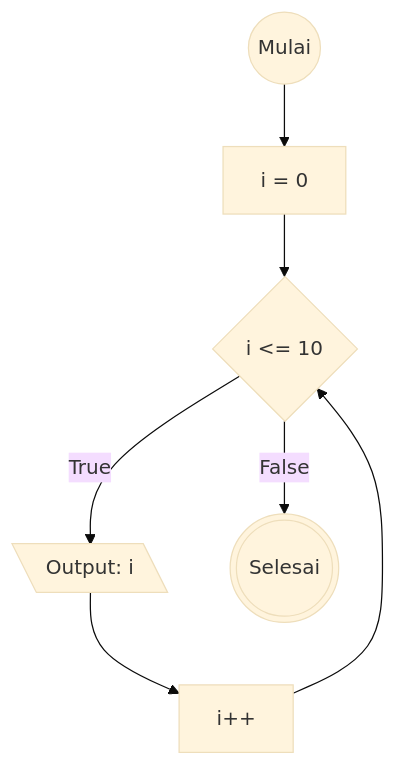
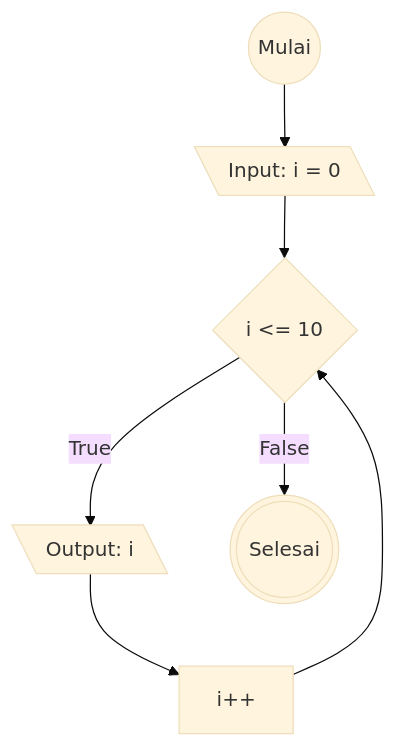
The diagram in flowchart-for-loop.md (rezafauzan/koda-b6-homework1), drawn with Mermaid (base theme) before and after one commit.

Commit message:
Patch: Fix labeling on initialization

````diff
--- a/flowchart-for-loop.md
+++ b/flowchart-for-loop.md
@@ -17,14 +17,14 @@
 ```mermaid
 flowchart TD
 
 start@{"shape": circle, "label": "Mulai"}
-initialI@{"shape": rectangle, "label": i = 0}
+initialI@{"shape": lean-l, "label": "Input: i = 0"}
 isIlessthanTen@{"shape": diamond, "label": i <= 10}
 isIlessthanTenTrue@{"shape": lean-l, "label": "Output: i"}
 iIncrement@{"shape": rectangle, "label": i++}
 stop@{"shape": dbl-circ, "label": "Selesai"}
 
 start-->initialI-->isIlessthanTen--True-->isIlessthanTenTrue-->iIncrement-->isIlessthanTen
 isIlessthanTen--False-->stop
 
 ```
````
